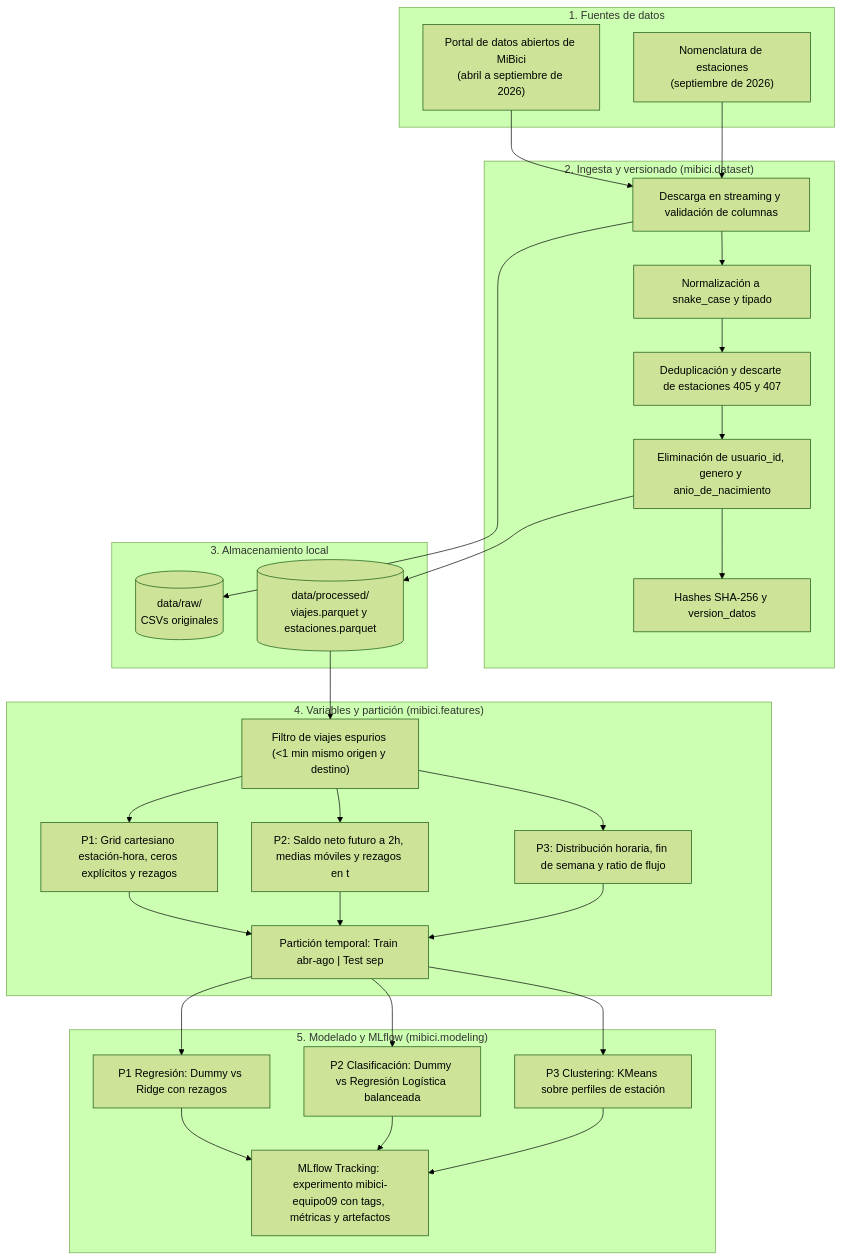
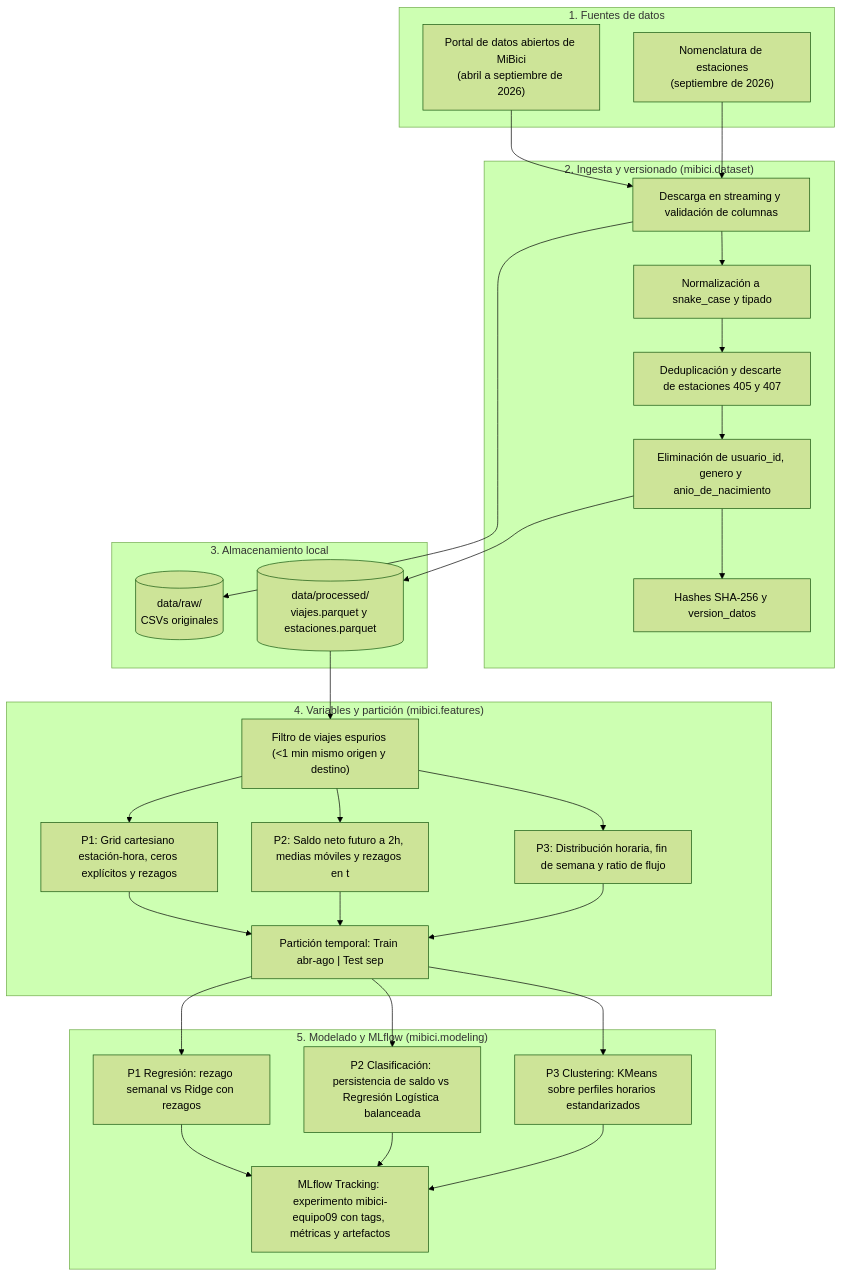
Before and after one commit to a01840021-creator/TC5061-Proyecto-Equipo9: the diagram in references/arquitectura.md, drawn with Mermaid (forest theme). The commit also changed 7 other files, not shown here.

````diff
--- a/references/arquitectura.md
+++ b/references/arquitectura.md
@@ -7,40 +7,40 @@
 ```mermaid
 flowchart TD
     subgraph Fuentes["1. Fuentes de datos"]
         A1["Portal de datos abiertos de MiBici<br/>(abril a septiembre de 2026)"]
         A2["Nomenclatura de estaciones<br/>(septiembre de 2026)"]
     end
 
     subgraph Ingesta["2. Ingesta y versionado (mibici.dataset)"]
         B1["Descarga en streaming y validación de columnas"]
         B2["Normalización a snake_case y tipado"]
         B3["Deduplicación y descarte de estaciones 405 y 407"]
         B4["Eliminación de usuario_id, genero y anio_de_nacimiento"]
         B5["Hashes SHA-256 y version_datos"]
     end
 
     subgraph Datos["3. Almacenamiento local"]
         C1[("data/raw/<br/>CSVs originales")]
         C2[("data/processed/<br/>viajes.parquet y estaciones.parquet")]
     end
 
     subgraph Features["4. Variables y partición (mibici.features)"]
         D1["Filtro de viajes espurios (&lt;1 min mismo origen y destino)"]
         D2["P1: Grid cartesiano estación-hora, ceros explícitos y rezagos"]
         D3["P2: Saldo neto futuro a 2h, medias móviles y rezagos en t"]
         D4["P3: Distribución horaria, fin de semana y ratio de flujo"]
         D5["Partición temporal: Train abr-ago | Test sep"]
     end
 
     subgraph Modelos["5. Modelado y MLflow (mibici.modeling)"]
-        E1["P1 Regresión: Dummy vs Ridge con rezagos"]
-        E2["P2 Clasificación: Dummy vs Regresión Logística balanceada"]
-        E3["P3 Clustering: KMeans sobre perfiles de estación"]
+        E1["P1 Regresión: rezago semanal vs Ridge con rezagos"]
+        E2["P2 Clasificación: persistencia de saldo vs Regresión Logística balanceada"]
+        E3["P3 Clustering: KMeans sobre perfiles horarios estandarizados"]
         E4["MLflow Tracking: experimento mibici-equipo09 con tags, métricas y artefactos"]
     end
 
     A1 & A2 --> B1 --> B2 --> B3 --> B4 --> C2
     B1 --> C1
     B4 --> B5
     C2 --> D1 --> D2 & D3 & D4 --> D5 --> E1 & E2 & E3 --> E4
 ```
````
